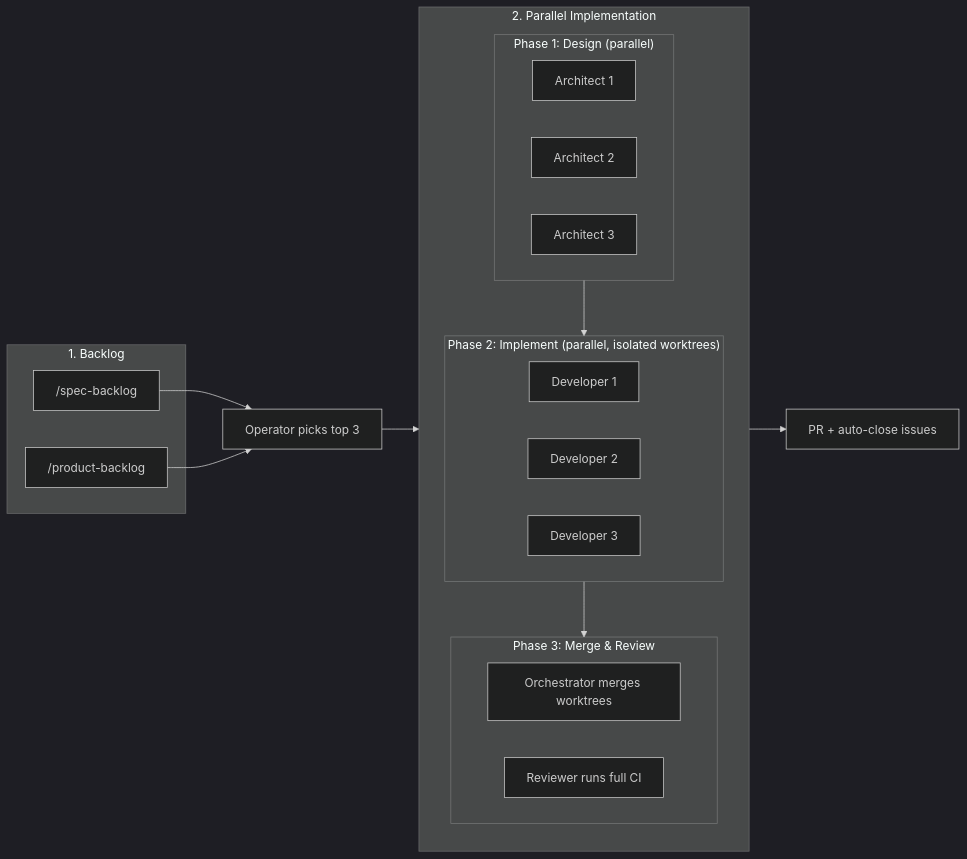
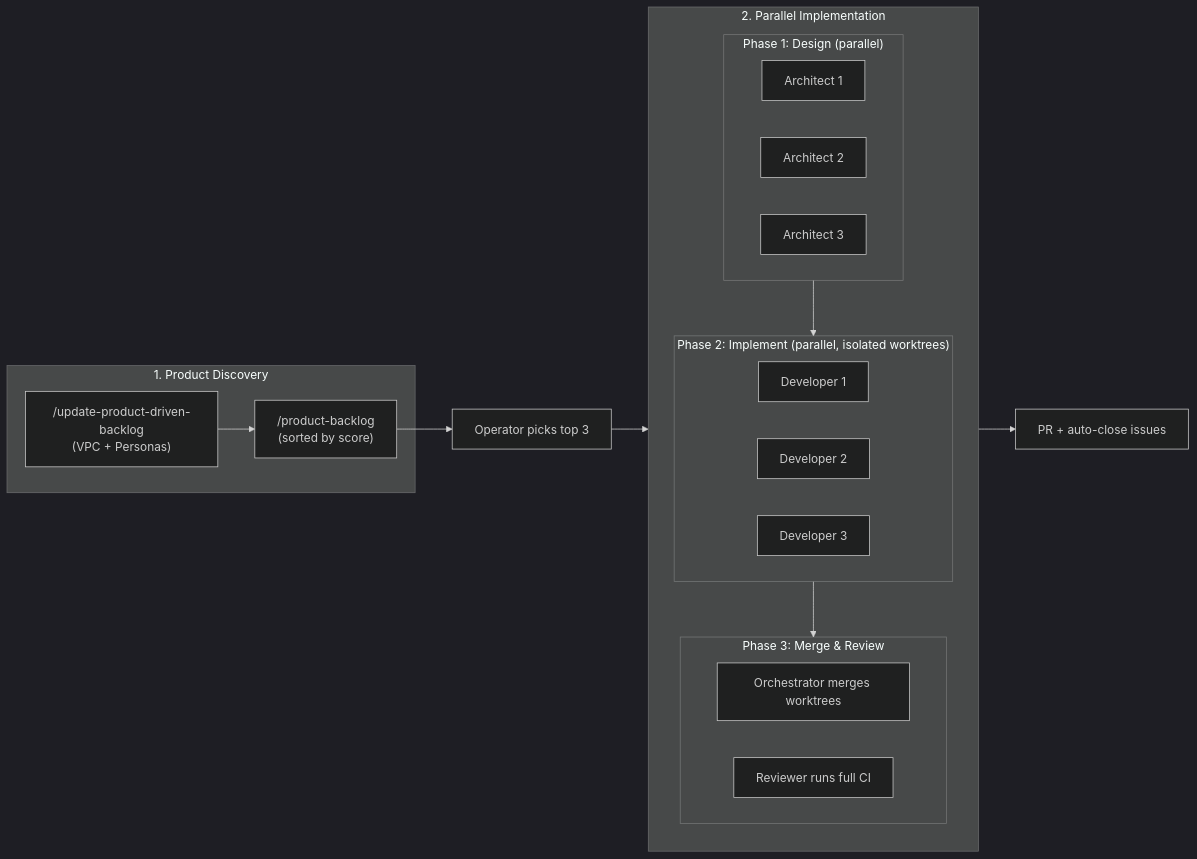
The second of 2 diagrams in README.md (fjpulidop/deckdex_mtg), drawn with Mermaid (dark theme) before and after one commit. The commit also changed other lines of this file and 1 other file, not shown here.

First line of the commit message:
docs: update architecture docs for VPC-based product workflow

````diff
--- a/README.md
+++ b/README.md
@@ -230,39 +230,38 @@
 ```mermaid
 graph LR
-    subgraph Backlog["1. Backlog"]
-        SB["/spec-backlog"]
-        PB["/product-backlog"]
+    subgraph Discovery["1. Product Discovery"]
+        VPC["/update-product-driven-backlog<br/>(VPC + Personas)"]
+        PB["/product-backlog<br/>(sorted by score)"]
     end
 
     Operator["Operator picks top 3"]
 
     subgraph Pipeline["2. Parallel Implementation"]
         direction TB
 
         subgraph Architects["Phase 1: Design (parallel)"]
             A1["Architect 1"]
             A2["Architect 2"]
             A3["Architect 3"]
         end
 
         subgraph Developers["Phase 2: Implement (parallel, isolated worktrees)"]
             D1["Developer 1"]
             D2["Developer 2"]
             D3["Developer 3"]
         end
 
         subgraph Review["Phase 3: Merge & Review"]
             Merge["Orchestrator merges worktrees"]
             R["Reviewer runs full CI"]
         end
 
         Architects --> Developers --> Review
     end
 
     PR["PR + auto-close issues"]
 
-    SB --> Operator
-    PB --> Operator
+    VPC --> PB --> Operator
     Operator --> Pipeline
     Review --> PR
 ```
````
